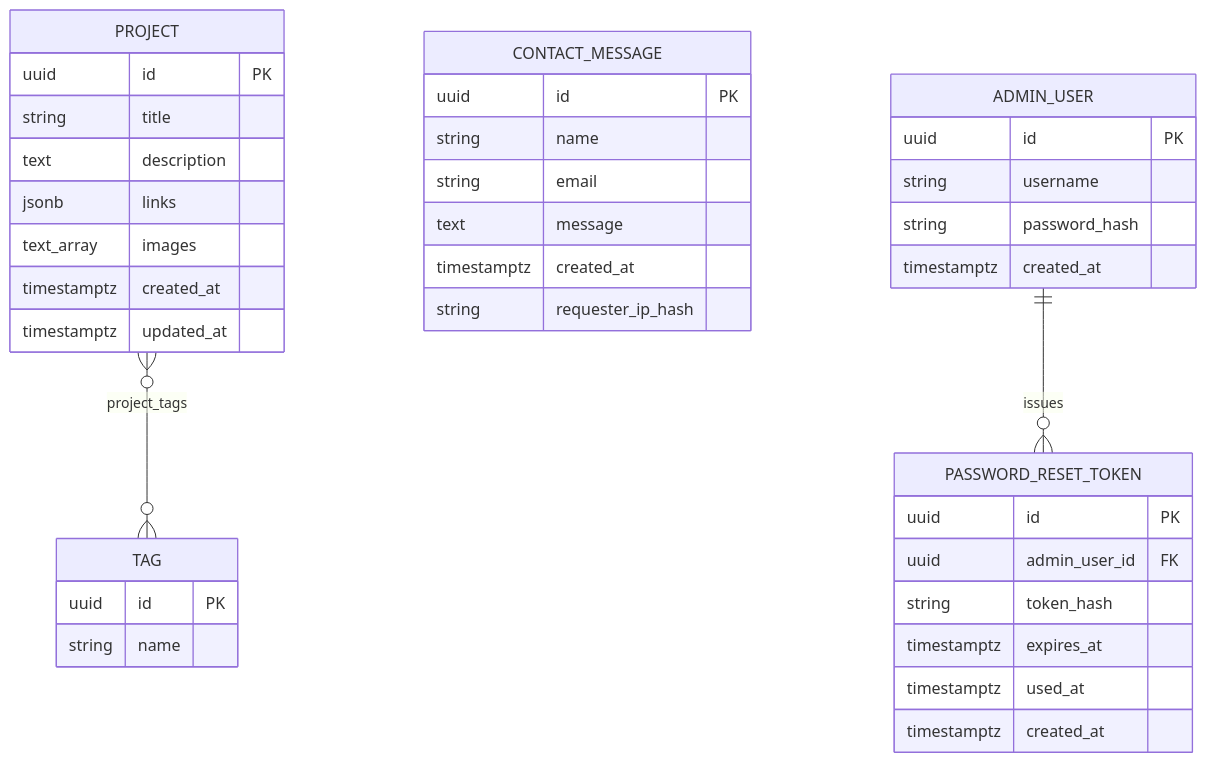
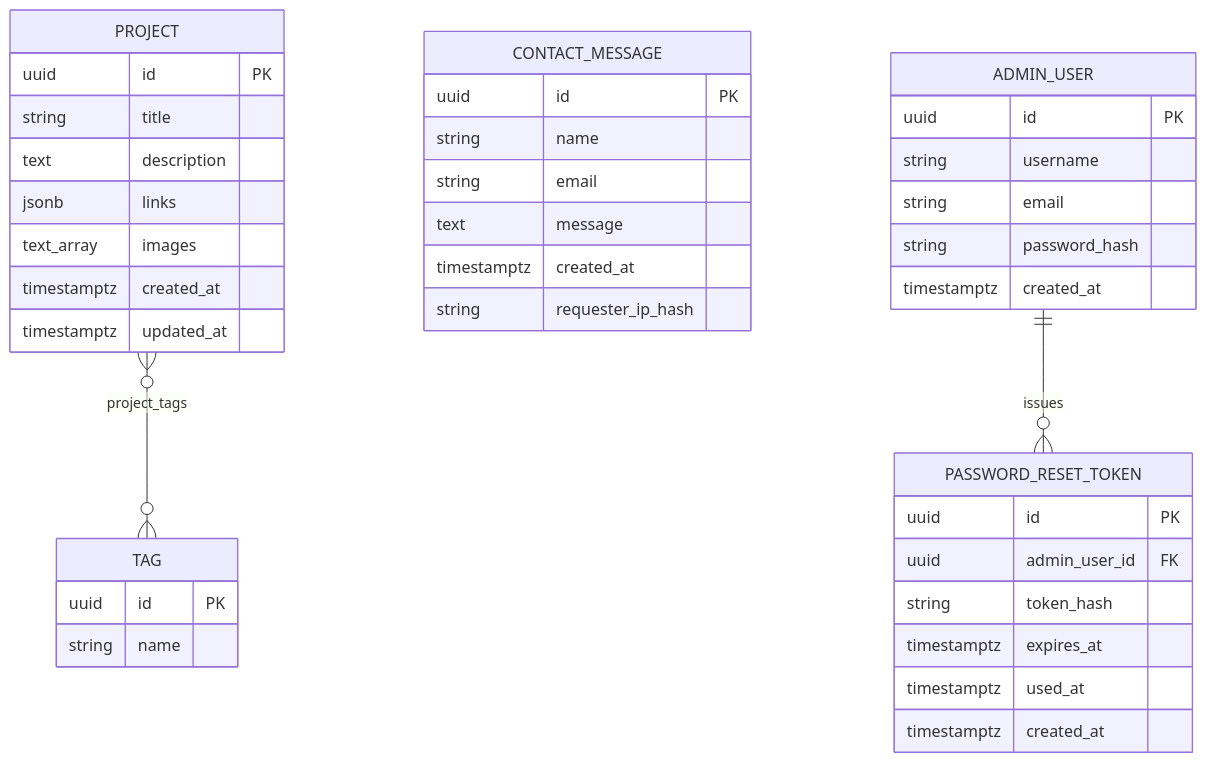
Before and after one commit to tarka1939/My_Site: the first of 2 diagrams in docs/DATA_MODEL.md, drawn with Mermaid. The commit also changed other lines of this file and 28 other files, not shown here.

````diff
--- a/docs/DATA_MODEL.md
+++ b/docs/DATA_MODEL.md
@@ -144,40 +145,41 @@
 ```mermaid
 erDiagram
     PROJECT }o--o{ TAG : "project_tags"
     PROJECT {
         uuid id PK
         string title
         text description
         jsonb links
         text_array images
         timestamptz created_at
         timestamptz updated_at
     }
     TAG {
         uuid id PK
         string name
     }
     CONTACT_MESSAGE {
         uuid id PK
         string name
         string email
         text message
         timestamptz created_at
         string requester_ip_hash
     }
     ADMIN_USER {
         uuid id PK
         string username
+        string email
         string password_hash
         timestamptz created_at
     }
     ADMIN_USER ||--o{ PASSWORD_RESET_TOKEN : "issues"
     PASSWORD_RESET_TOKEN {
         uuid id PK
         uuid admin_user_id FK
         string token_hash
         timestamptz expires_at
         timestamptz used_at
         timestamptz created_at
     }
 ```
````
